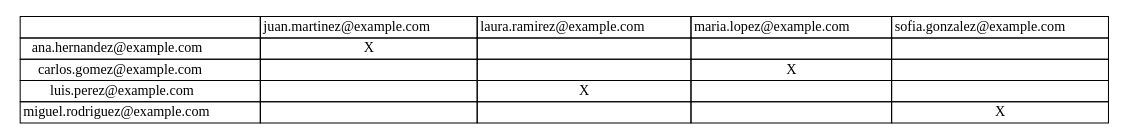
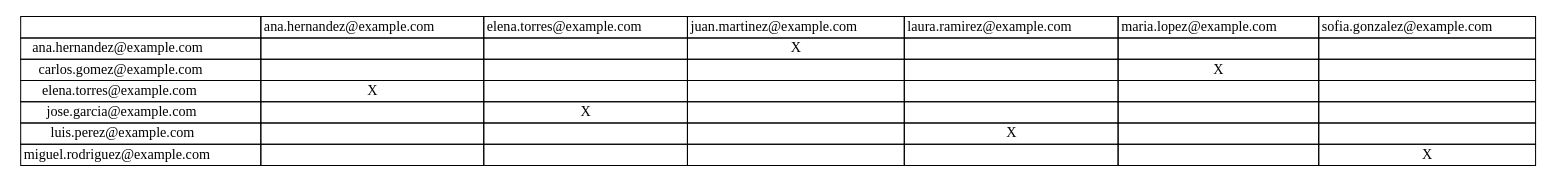
Before and after one commit to elsaminee/-EDD-Proyecto_202200198: the diagram in output/amistad.dot, drawn with Graphviz. The commit also changed 3 other files, not shown here.

```diff
--- a/output/amistad.dot
+++ b/output/amistad.dot
@@ -1,12 +1,14 @@
 digraph G {
     node [shape=none];
     graph [rankdir=LR];
     matriz [label=<
     <TABLE BORDER="0" CELLBORDER="1" CELLSPACING="0">
-    <TR><TD></TD><TD>juan.martinez@example.com</TD><TD>laura.ramirez@example.com</TD><TD>maria.lopez@example.com</TD><TD>sofia.gonzalez@example.com</TD></TR>
-    <TR><TD>ana.hernandez@example.com</TD><TD>X</TD><TD></TD><TD></TD><TD></TD></TR>
-    <TR><TD>carlos.gomez@example.com</TD><TD></TD><TD></TD><TD>X</TD><TD></TD></TR>
-    <TR><TD>luis.perez@example.com</TD><TD></TD><TD>X</TD><TD></TD><TD></TD></TR>
-    <TR><TD>miguel.rodriguez@example.com</TD><TD></TD><TD></TD><TD></TD><TD>X</TD></TR>
+    <TR><TD></TD><TD>ana.hernandez@example.com</TD><TD>elena.torres@example.com</TD><TD>juan.martinez@example.com</TD><TD>laura.ramirez@example.com</TD><TD>maria.lopez@example.com</TD><TD>sofia.gonzalez@example.com</TD></TR>
+    <TR><TD>ana.hernandez@example.com</TD><TD></TD><TD></TD><TD>X</TD><TD></TD><TD></TD><TD></TD></TR>
+    <TR><TD>carlos.gomez@example.com</TD><TD></TD><TD></TD><TD></TD><TD></TD><TD>X</TD><TD></TD></TR>
+    <TR><TD>elena.torres@example.com</TD><TD>X</TD><TD></TD><TD></TD><TD></TD><TD></TD><TD></TD></TR>
+    <TR><TD>jose.garcia@example.com</TD><TD></TD><TD>X</TD><TD></TD><TD></TD><TD></TD><TD></TD></TR>
+    <TR><TD>luis.perez@example.com</TD><TD></TD><TD></TD><TD></TD><TD>X</TD><TD></TD><TD></TD></TR>
+    <TR><TD>miguel.rodriguez@example.com</TD><TD></TD><TD></TD><TD></TD><TD></TD><TD></TD><TD>X</TD></TR>
     </TABLE>>];
 }
```
